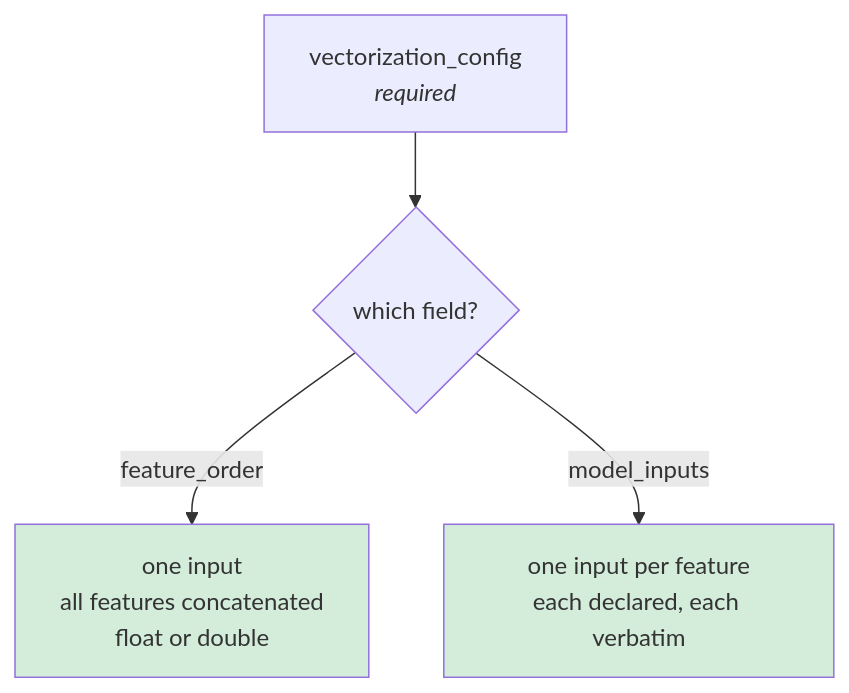
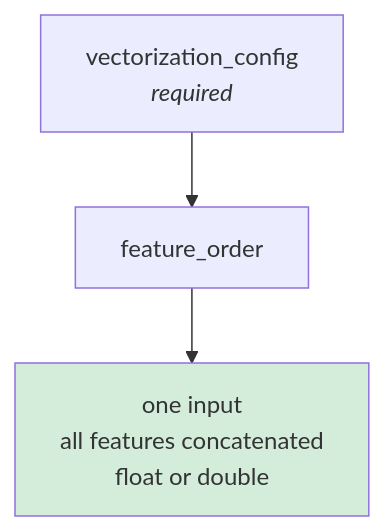
The third of 7 diagrams in documentation/request-walkthrough.md (PratikBarhate/hushar), drawn with Mermaid before and after one commit. The commit also changed other lines of this file and 3548 other files, not shown here.

````diff
--- a/documentation/request-walkthrough.md
+++ b/documentation/request-walkthrough.md
@@ -132,8 +144,6 @@
 ```mermaid
 flowchart TB
-  cfg["vectorization_config<br/><i>required</i>"] --> q{"which field?"}
-  q -->|"feature_order"| v["one input<br/>all features concatenated<br/>float or double"]
-  q -->|"model_inputs"| f["one input per feature<br/>each declared, each verbatim"]
-  style v fill:#d4edda
-  style f fill:#d4edda
+  cfg["vectorization_config<br/><i>required</i>"] --> v["feature_order"]
+  v --> o["one input<br/>all features concatenated<br/>float or double"]
+  style o fill:#d4edda
 ```
````
